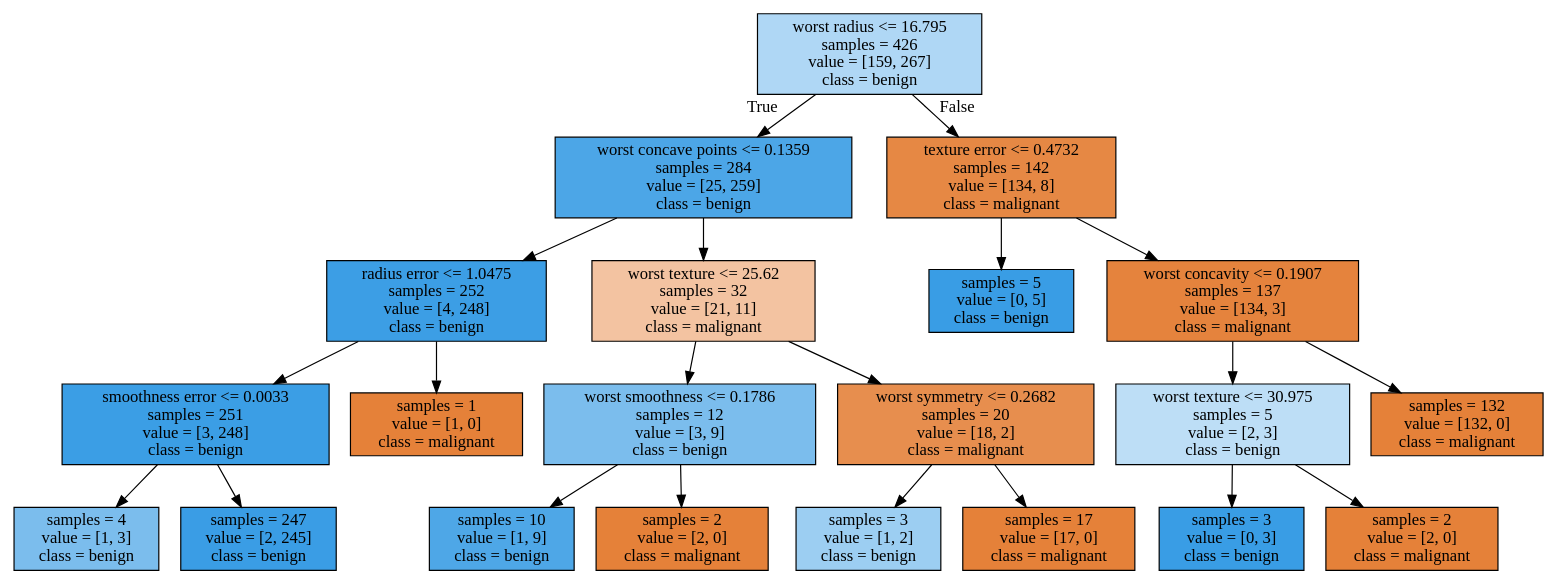
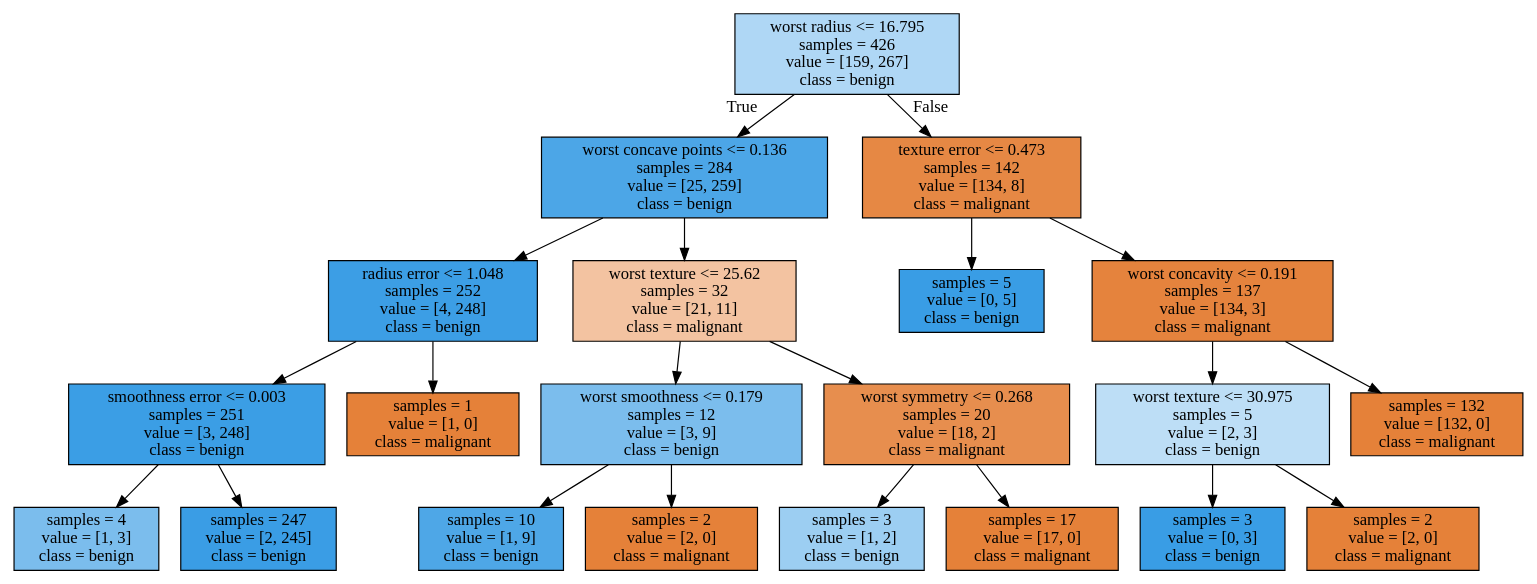
Before and after one commit to nsaura/ML: the diagram in codes_python/sklearn/tree.dot, drawn with Graphviz. The commit also changed 1 other file, not shown here.

```diff
--- a/codes_python/sklearn/tree.dot
+++ b/codes_python/sklearn/tree.dot
@@ -1,44 +1,44 @@
 digraph Tree {
 node [shape=box, style="filled", color="black"] ;
 0 [label="worst radius <= 16.795\nsamples = 426\nvalue = [159, 267]\nclass = benign", fillcolor="#399de567"] ;
-1 [label="worst concave points <= 0.1359\nsamples = 284\nvalue = [25, 259]\nclass = benign", fillcolor="#399de5e6"] ;
+1 [label="worst concave points <= 0.136\nsamples = 284\nvalue = [25, 259]\nclass = benign", fillcolor="#399de5e6"] ;
 0 -> 1 [labeldistance=2.5, labelangle=45, headlabel="True"] ;
-2 [label="radius error <= 1.0475\nsamples = 252\nvalue = [4, 248]\nclass = benign", fillcolor="#399de5fb"] ;
+2 [label="radius error <= 1.048\nsamples = 252\nvalue = [4, 248]\nclass = benign", fillcolor="#399de5fb"] ;
 1 -> 2 ;
-3 [label="smoothness error <= 0.0033\nsamples = 251\nvalue = [3, 248]\nclass = benign", fillcolor="#399de5fc"] ;
+3 [label="smoothness error <= 0.003\nsamples = 251\nvalue = [3, 248]\nclass = benign", fillcolor="#399de5fc"] ;
 2 -> 3 ;
 4 [label="samples = 4\nvalue = [1, 3]\nclass = benign", fillcolor="#399de5aa"] ;
 3 -> 4 ;
 5 [label="samples = 247\nvalue = [2, 245]\nclass = benign", fillcolor="#399de5fd"] ;
 3 -> 5 ;
 6 [label="samples = 1\nvalue = [1, 0]\nclass = malignant", fillcolor="#e58139ff"] ;
 2 -> 6 ;
 7 [label="worst texture <= 25.62\nsamples = 32\nvalue = [21, 11]\nclass = malignant", fillcolor="#e5813979"] ;
 1 -> 7 ;
-8 [label="worst smoothness <= 0.1786\nsamples = 12\nvalue = [3, 9]\nclass = benign", fillcolor="#399de5aa"] ;
+8 [label="worst smoothness <= 0.179\nsamples = 12\nvalue = [3, 9]\nclass = benign", fillcolor="#399de5aa"] ;
 7 -> 8 ;
 9 [label="samples = 10\nvalue = [1, 9]\nclass = benign", fillcolor="#399de5e3"] ;
 8 -> 9 ;
 10 [label="samples = 2\nvalue = [2, 0]\nclass = malignant", fillcolor="#e58139ff"] ;
 8 -> 10 ;
-11 [label="worst symmetry <= 0.2682\nsamples = 20\nvalue = [18, 2]\nclass = malignant", fillcolor="#e58139e3"] ;
+11 [label="worst symmetry <= 0.268\nsamples = 20\nvalue = [18, 2]\nclass = malignant", fillcolor="#e58139e3"] ;
 7 -> 11 ;
 12 [label="samples = 3\nvalue = [1, 2]\nclass = benign", fillcolor="#399de57f"] ;
 11 -> 12 ;
 13 [label="samples = 17\nvalue = [17, 0]\nclass = malignant", fillcolor="#e58139ff"] ;
 11 -> 13 ;
-14 [label="texture error <= 0.4732\nsamples = 142\nvalue = [134, 8]\nclass = malignant", fillcolor="#e58139f0"] ;
+14 [label="texture error <= 0.473\nsamples = 142\nvalue = [134, 8]\nclass = malignant", fillcolor="#e58139f0"] ;
 0 -> 14 [labeldistance=2.5, labelangle=-45, headlabel="False"] ;
 15 [label="samples = 5\nvalue = [0, 5]\nclass = benign", fillcolor="#399de5ff"] ;
 14 -> 15 ;
-16 [label="worst concavity <= 0.1907\nsamples = 137\nvalue = [134, 3]\nclass = malignant", fillcolor="#e58139f9"] ;
+16 [label="worst concavity <= 0.191\nsamples = 137\nvalue = [134, 3]\nclass = malignant", fillcolor="#e58139f9"] ;
 14 -> 16 ;
 17 [label="worst texture <= 30.975\nsamples = 5\nvalue = [2, 3]\nclass = benign", fillcolor="#399de555"] ;
 16 -> 17 ;
 18 [label="samples = 3\nvalue = [0, 3]\nclass = benign", fillcolor="#399de5ff"] ;
 17 -> 18 ;
 19 [label="samples = 2\nvalue = [2, 0]\nclass = malignant", fillcolor="#e58139ff"] ;
 17 -> 19 ;
 20 [label="samples = 132\nvalue = [132, 0]\nclass = malignant", fillcolor="#e58139ff"] ;
 16 -> 20 ;
 }
```
